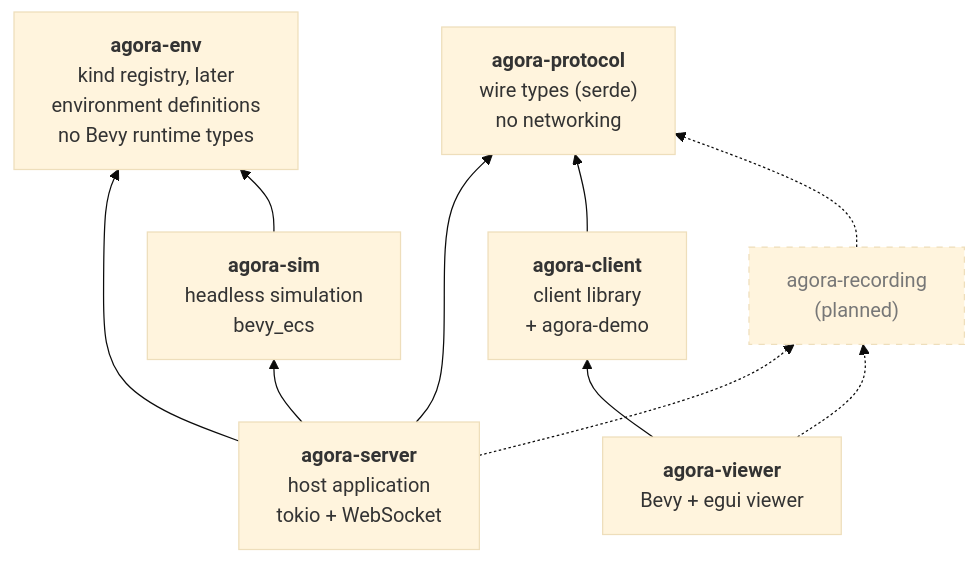
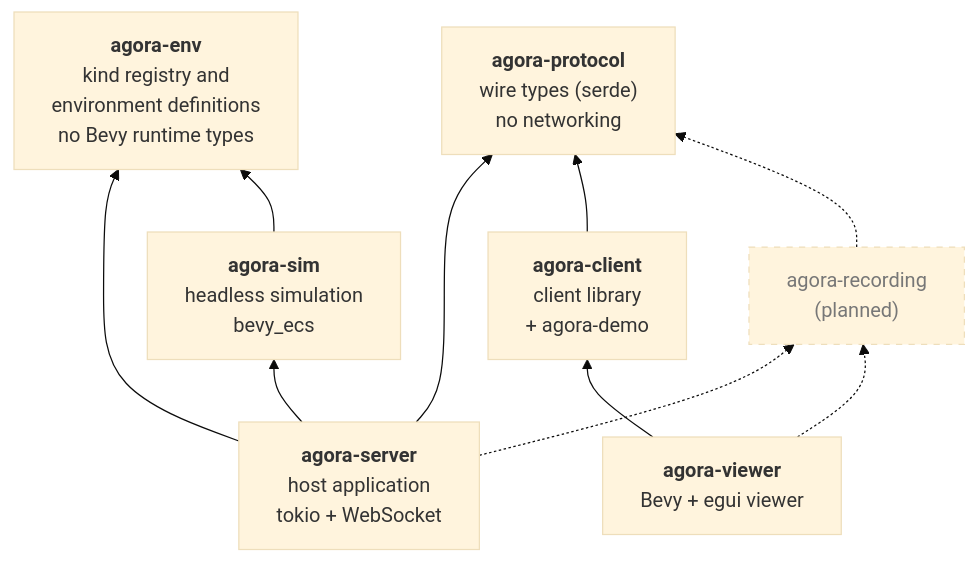
The first of 3 diagrams in docs/architecture/rust-components.md (wdwright90/agora), drawn with Mermaid (base theme) before and after one commit. The commit also changed other lines of this file and 67 other files, not shown here.

First line of the commit message:
Add environment definitions and terrain (M2 chunk 3)

````diff
--- a/docs/architecture/rust-components.md
+++ b/docs/architecture/rust-components.md
@@ -9,23 +9,23 @@
 ```mermaid
 flowchart BT
     protocol["<b>agora-protocol</b><br/>wire types (serde)<br/>no networking"]
     sim["<b>agora-sim</b><br/>headless simulation<br/>bevy_ecs"]
     server["<b>agora-server</b><br/>host application<br/>tokio + WebSocket"]
     client["<b>agora-client</b><br/>client library<br/>+ agora-demo"]
     viewer["<b>agora-viewer</b><br/>Bevy + egui viewer"]
-    env["<b>agora-env</b><br/>kind registry, later<br/>environment definitions<br/>no Bevy runtime types"]
+    env["<b>agora-env</b><br/>kind registry and<br/>environment definitions<br/>no Bevy runtime types"]
     recording["agora-recording<br/>(planned)"]
 
     server --> sim
     server --> env
     server --> protocol
     sim --> env
     client --> protocol
     viewer --> client
     recording -.-> protocol
     server -.-> recording
     viewer -.-> recording
 
     classDef planned stroke-dasharray: 5 5,color:#777;
     class recording planned;
 ```
````
